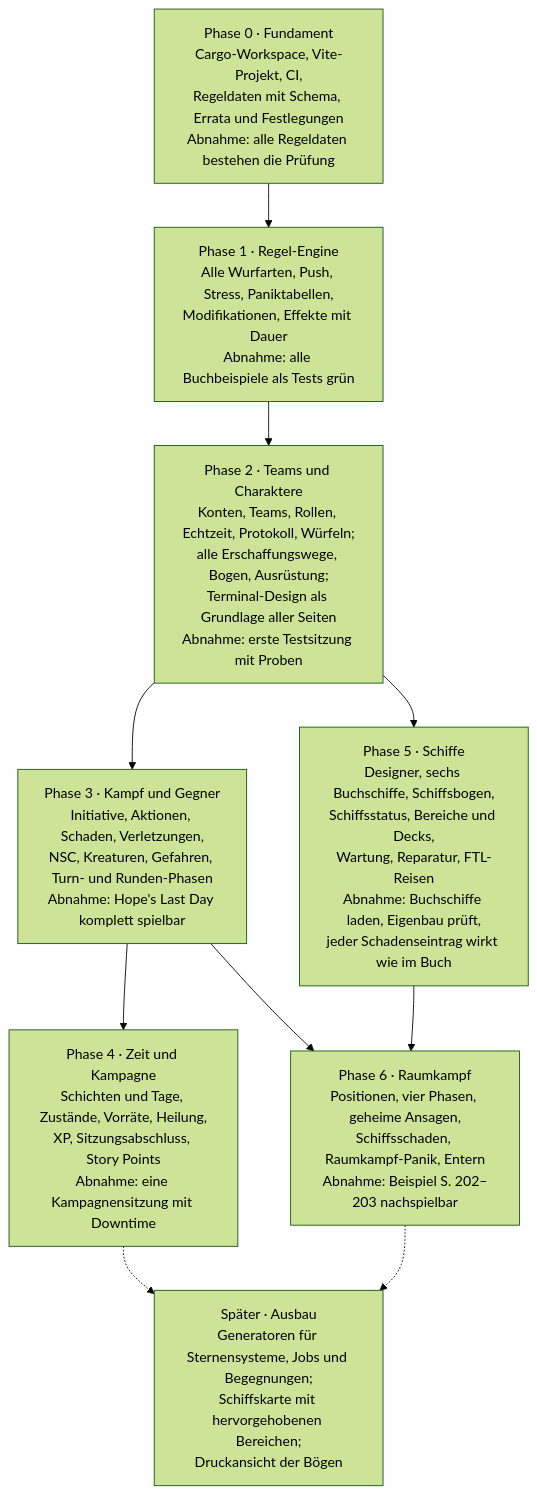
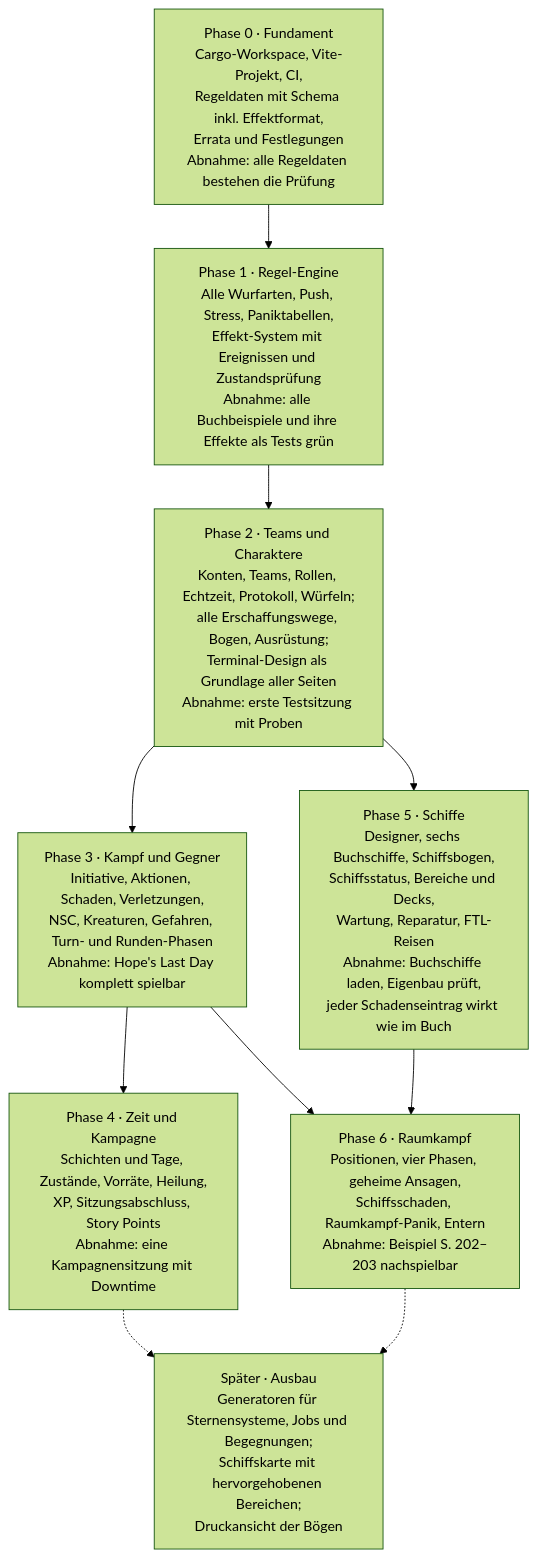
One commit to peddn/xenoforge changed the third of 3 diagrams in docs/PLAN.md. Above: the diagram before and after it, drawn with Mermaid (forest theme). The commit also changed other lines of this file, not shown here.

First line of the commit message:
Plan: shared effect system as backbone of the rule engine

````diff
--- a/docs/PLAN.md
+++ b/docs/PLAN.md
@@ -726,16 +752,16 @@
 ```mermaid
 flowchart TD
-    p0["Phase 0 · Fundament<br/>Cargo-Workspace, Vite-Projekt, CI,<br/>Regeldaten mit Schema, Errata und Festlegungen<br/>Abnahme: alle Regeldaten bestehen die Prüfung"]
-    p1["Phase 1 · Regel-Engine<br/>Alle Wurfarten, Push, Stress, Paniktabellen,<br/>Modifikationen, Effekte mit Dauer<br/>Abnahme: alle Buchbeispiele als Tests grün"]
+    p0["Phase 0 · Fundament<br/>Cargo-Workspace, Vite-Projekt, CI,<br/>Regeldaten mit Schema inkl. Effektformat,<br/>Errata und Festlegungen<br/>Abnahme: alle Regeldaten bestehen die Prüfung"]
+    p1["Phase 1 · Regel-Engine<br/>Alle Wurfarten, Push, Stress, Paniktabellen,<br/>Effekt-System mit Ereignissen und Zustandsprüfung<br/>Abnahme: alle Buchbeispiele und ihre Effekte als Tests grün"]
     p2["Phase 2 · Teams und Charaktere<br/>Konten, Teams, Rollen, Echtzeit, Protokoll, Würfeln;<br/>alle Erschaffungswege, Bogen, Ausrüstung;<br/>Terminal-Design als Grundlage aller Seiten<br/>Abnahme: erste Testsitzung mit Proben"]
     p3["Phase 3 · Kampf und Gegner<br/>Initiative, Aktionen, Schaden, Verletzungen,<br/>NSC, Kreaturen, Gefahren, Turn- und Runden-Phasen<br/>Abnahme: Hope's Last Day komplett spielbar"]
     p4["Phase 4 · Zeit und Kampagne<br/>Schichten und Tage, Zustände, Vorräte, Heilung,<br/>XP, Sitzungsabschluss, Story Points<br/>Abnahme: eine Kampagnensitzung mit Downtime"]
     p5["Phase 5 · Schiffe<br/>Designer, sechs Buchschiffe, Schiffsbogen,<br/>Schiffsstatus, Bereiche und Decks,<br/>Wartung, Reparatur, FTL-Reisen<br/>Abnahme: Buchschiffe laden, Eigenbau prüft,<br/>jeder Schadenseintrag wirkt wie im Buch"]
     p6["Phase 6 · Raumkampf<br/>Positionen, vier Phasen, geheime Ansagen,<br/>Schiffsschaden, Raumkampf-Panik, Entern<br/>Abnahme: Beispiel S. 202–203 nachspielbar"]
     p7["Später · Ausbau<br/>Generatoren für Sternensysteme, Jobs und Begegnungen;<br/>Schiffskarte mit hervorgehobenen Bereichen;<br/>Druckansicht der Bögen"]
     p0 --> p1 --> p2 --> p3 --> p4
     p2 --> p5 --> p6
     p3 --> p6
     p4 -.-> p7
     p6 -.-> p7
 ```
````
